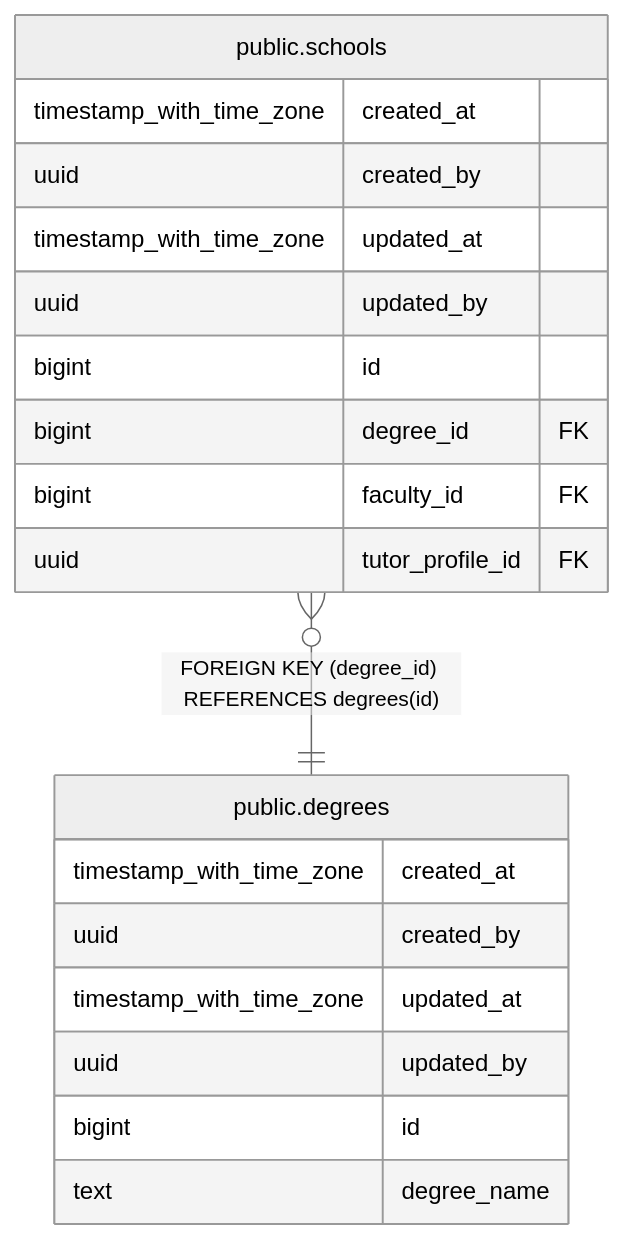
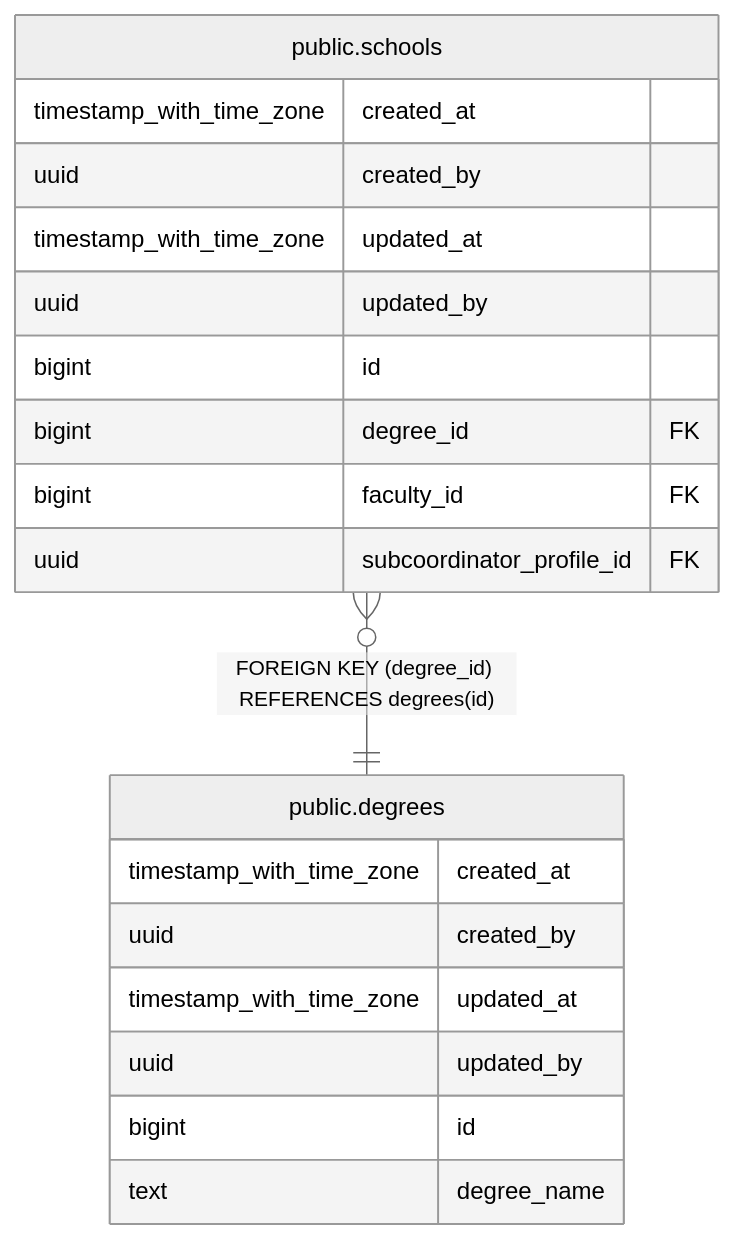
The diagram in docs/db/tbls/public.degrees.md (icristianhernandez/academic-service-backend), drawn with Mermaid (neutral theme) before and after one commit. The commit also changed 15 other files, not shown here.

````diff
--- a/docs/db/tbls/public.degrees.md
+++ b/docs/db/tbls/public.degrees.md
@@ -39,24 +39,24 @@
 ```mermaid
 erDiagram
 
 "public.schools" }o--|| "public.degrees" : "FOREIGN KEY (degree_id) REFERENCES degrees(id)"
 
 "public.degrees" {
   timestamp_with_time_zone created_at ""
   uuid created_by ""
   timestamp_with_time_zone updated_at ""
   uuid updated_by ""
   bigint id ""
   text degree_name ""
 }
 "public.schools" {
   timestamp_with_time_zone created_at ""
   uuid created_by ""
   timestamp_with_time_zone updated_at ""
   uuid updated_by ""
   bigint id ""
   bigint degree_id FK ""
   bigint faculty_id FK ""
-  uuid tutor_profile_id FK ""
+  uuid subcoordinator_profile_id FK ""
 }
 ```
````
